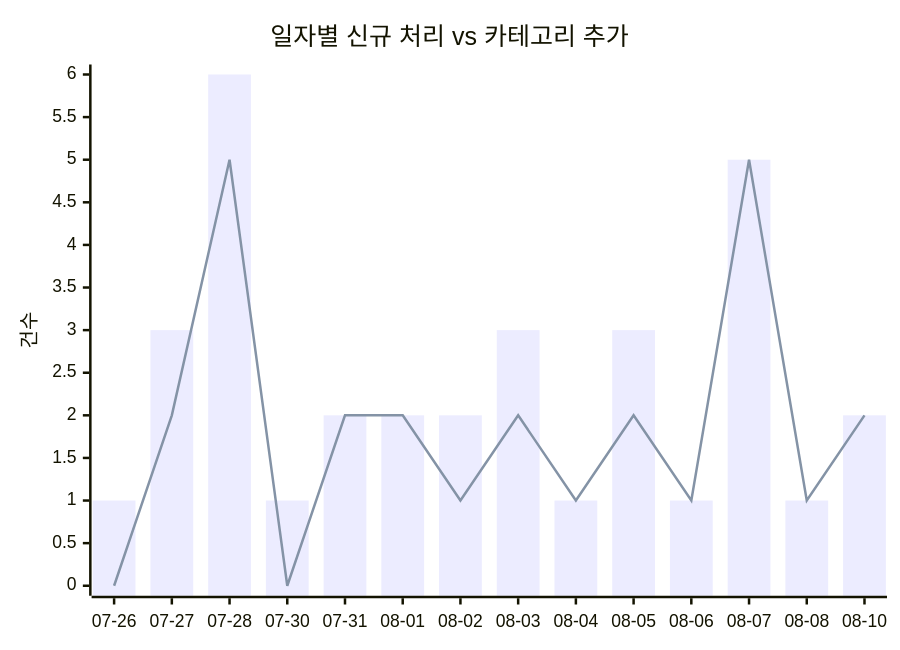
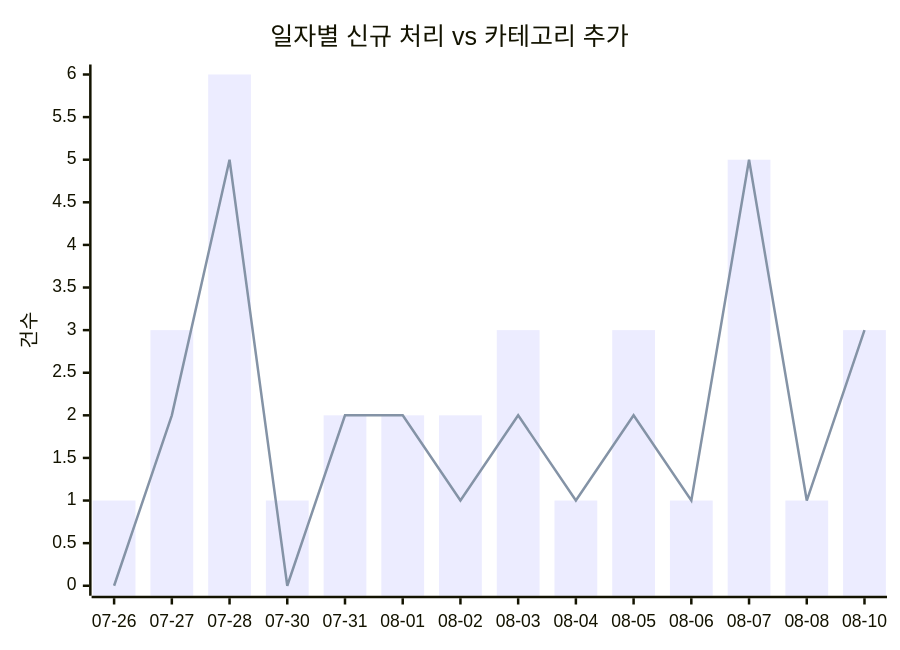
The first of 2 diagrams in docs/trends.md (J-nowcow/awesome-korean-agent-skills), drawn with Mermaid before and after one commit. The commit also changed other lines of this file and 4 other files, not shown here.

````diff
--- a/docs/trends.md
+++ b/docs/trends.md
@@ -32,8 +32,8 @@
 ```mermaid
 xychart-beta
     title "일자별 신규 처리 vs 카테고리 추가"
     x-axis ["07-26","07-27","07-28","07-30","07-31","08-01","08-02","08-03","08-04","08-05","08-06","08-07","08-08","08-10"]
     y-axis "건수"
-    bar [1,3,6,1,2,2,2,3,1,3,1,5,1,2]
-    line [0,2,5,0,2,2,1,2,1,2,1,5,1,2]
+    bar [1,3,6,1,2,2,2,3,1,3,1,5,1,3]
+    line [0,2,5,0,2,2,1,2,1,2,1,5,1,3]
 ```
````
